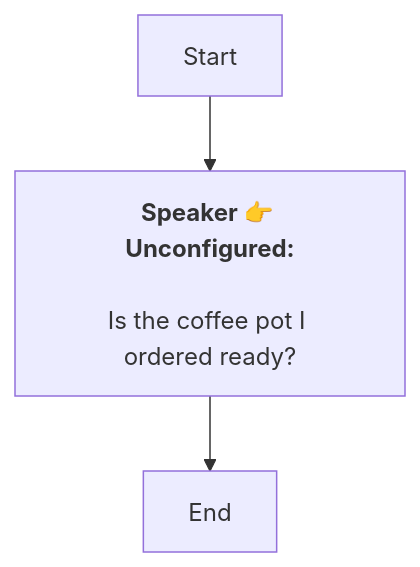
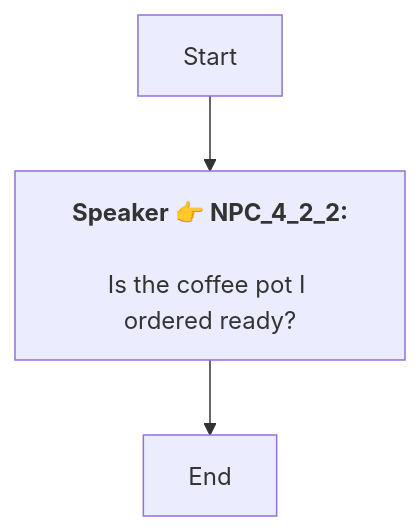
One commit to SoftHu/tos_avg changed the diagram in En/Dialog_54965412665541.md. Above: the diagram before and after it, drawn with Mermaid. The commit also changed 737 other files, not shown here.

````diff
--- a/En/Dialog_54965412665541.md
+++ b/En/Dialog_54965412665541.md
@@ -1,8 +1,7 @@
 ```mermaid
 graph
-Start -->1758893250390654[<b>Speaker 👉 Unconfigured:</b>
-
-Is the coffee pot I ordered ready?]
+Start -->1758893250390654[<b>Speaker 👉 NPC_4_2_2:</b>
+\nIs the coffee pot I ordered ready?]
 1758893250390654 -->1758893252550271[End]
 
- ```
+```
````
